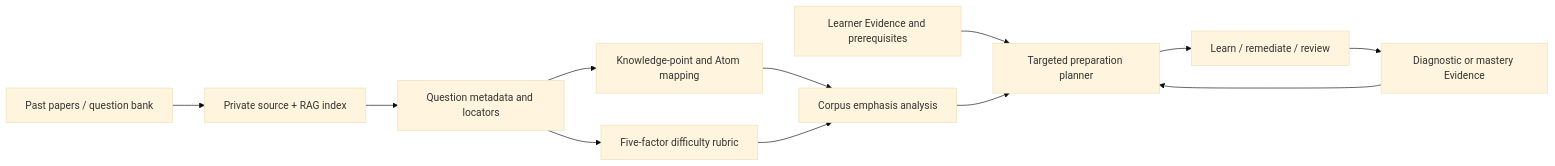
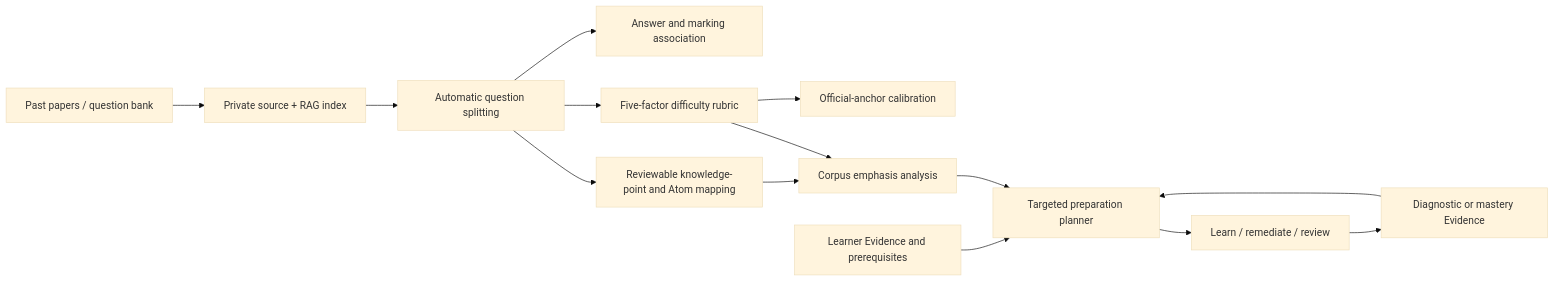
The diagram in docs/EXAM_PREPARATION_DESIGN.md (panjose/Atom-Learn), drawn with Mermaid (base theme) before and after one commit. The commit also changed other lines of this file and 19 other files, not shown here.

````diff
--- a/docs/EXAM_PREPARATION_DESIGN.md
+++ b/docs/EXAM_PREPARATION_DESIGN.md
@@ -16,14 +16,16 @@
 ```mermaid
 flowchart LR
     A["Past papers / question bank"] --> B["Private source + RAG index"]
-    B --> C["Question metadata and locators"]
-    C --> D["Knowledge-point and Atom mapping"]
+    B --> C["Automatic question splitting"]
+    C --> K["Answer and marking association"]
+    C --> D["Reviewable knowledge-point and Atom mapping"]
     C --> E["Five-factor difficulty rubric"]
+    E --> L["Official-anchor calibration"]
     D --> F["Corpus emphasis analysis"]
     E --> F
     G["Learner Evidence and prerequisites"] --> H["Targeted preparation planner"]
     F --> H
     H --> I["Learn / remediate / review"]
     I --> J["Diagnostic or mastery Evidence"]
     J --> H
 ```
````
